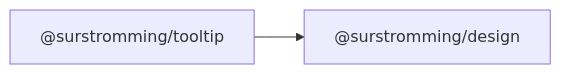
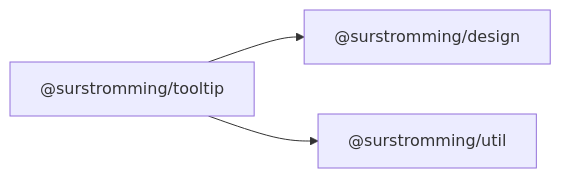
The diagram in packages/tooltip/README.md (hackteck/surstromming), drawn with Mermaid before and after one commit. The commit also changed 35 other files, not shown here.

````diff
--- a/packages/tooltip/README.md
+++ b/packages/tooltip/README.md
@@ -9,6 +9,8 @@
 ```mermaid
 graph LR
   tooltip["@surstromming/tooltip"]
   design["@surstromming/design"]
+  util["@surstromming/util"]
   tooltip --> design
+  tooltip --> util
 ```
````
